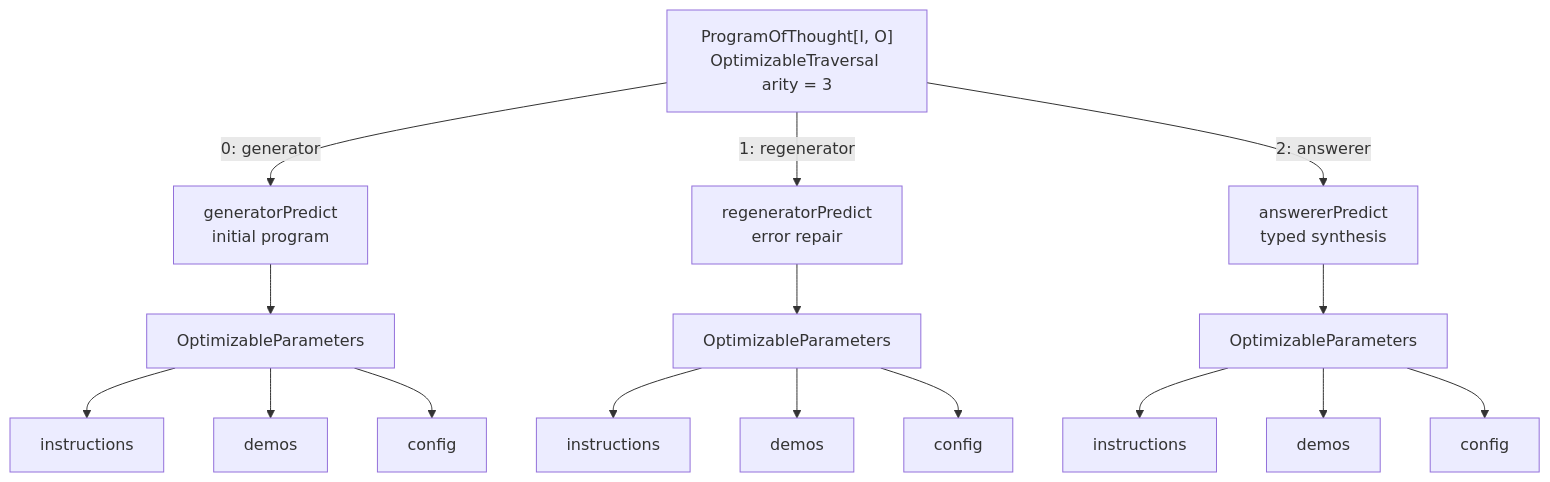
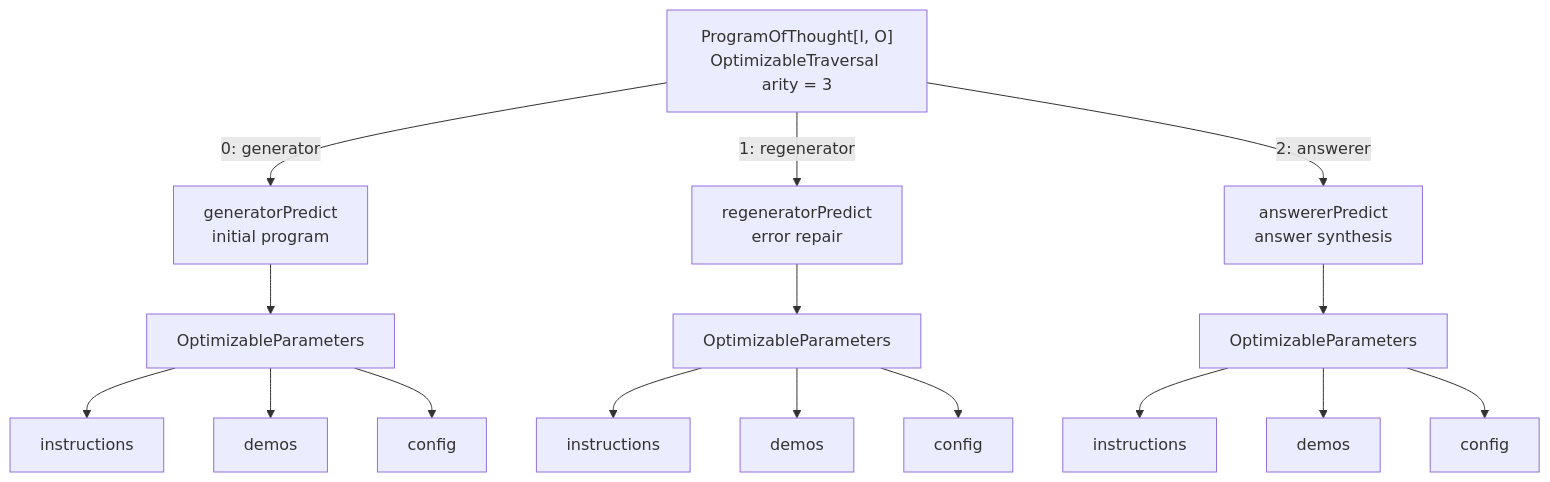
One commit to jpablo/dspy4s changed the fifth of 5 diagrams in modules/programs/src/main/scala/dspy4s/programs/strategies/ProgramOfThought.md. Above: the diagram before and after it, drawn with Mermaid. The commit also changed other lines of this file and 218 other files, not shown here.

````diff
--- a/modules/programs/src/main/scala/dspy4s/programs/strategies/ProgramOfThought.md
+++ b/modules/programs/src/main/scala/dspy4s/programs/strategies/ProgramOfThought.md
@@ -459,23 +459,23 @@
 ```mermaid
 flowchart TD
     root["ProgramOfThought[I, O]<br/>OptimizableTraversal arity = 3"]
 
     root -->|"0: generator"| generator["generatorPredict<br/>initial program"]
     root -->|"1: regenerator"| regenerator["regeneratorPredict<br/>error repair"]
-    root -->|"2: answerer"| answerer["answererPredict<br/>typed synthesis"]
+    root -->|"2: answerer"| answerer["answererPredict<br/>answer synthesis"]
 
     generator --> generatorParams["OptimizableParameters"]
     generatorParams --> generatorInstructions["instructions"]
     generatorParams --> generatorDemos["demos"]
     generatorParams --> generatorConfig["config"]
 
     regenerator --> regeneratorParams["OptimizableParameters"]
     regeneratorParams --> regeneratorInstructions["instructions"]
     regeneratorParams --> regeneratorDemos["demos"]
     regeneratorParams --> regeneratorConfig["config"]
 
     answerer --> answererParams["OptimizableParameters"]
     answererParams --> answererInstructions["instructions"]
     answererParams --> answererDemos["demos"]
     answererParams --> answererConfig["config"]
 ```
````
